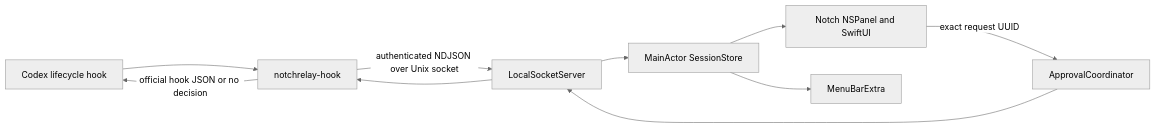
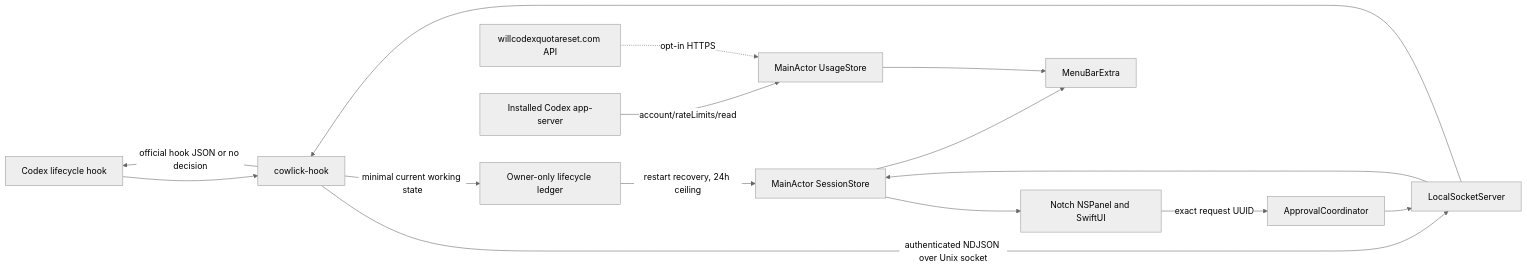
One commit to henryvn27/cowlick changed the diagram in docs/architecture.md. Above: the diagram before and after it, drawn with Mermaid (neutral theme). The commit also changed other lines of this file and 226 other files, not shown here.

````diff
--- a/docs/architecture.md
+++ b/docs/architecture.md
@@ -5,10 +5,15 @@
 ```mermaid
 flowchart LR
-    Codex[Codex lifecycle hook] --> Helper[notchrelay-hook]
+    Codex[Codex lifecycle hook] --> Helper[cowlick-hook]
+    Helper -->|minimal current working state| Ledger[Owner-only lifecycle ledger]
     Helper -->|authenticated NDJSON over Unix socket| Server[LocalSocketServer]
     Server --> Store[MainActor SessionStore]
+    Ledger -->|restart recovery, 24h ceiling| Store
     Store --> Panel[Notch NSPanel and SwiftUI]
     Store --> Menu[MenuBarExtra]
+    LocalCodex[Installed Codex app-server] -->|account/rateLimits/read| Usage[MainActor UsageStore]
+    Forecast[willcodexquotareset.com API] -.->|opt-in HTTPS| Usage
+    Usage --> Menu
     Panel -->|exact request UUID| Coordinator[ApprovalCoordinator]
     Coordinator --> Server --> Helper -->|official hook JSON or no decision| Codex
 ```
````
